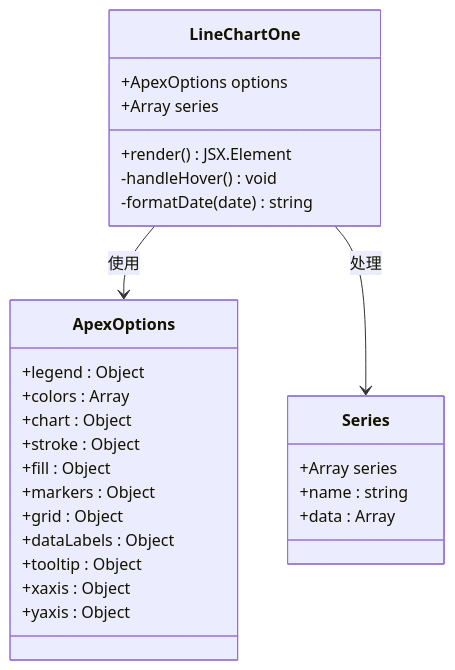
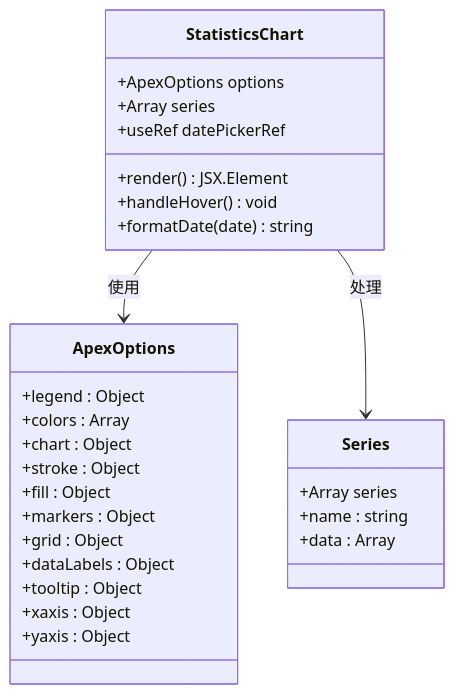
The fourth of 9 diagrams in .qoder/repowiki/zh/content/页面路由系统/页面类型组织结构/图表页面.md (HAOFUYANG/nextjs-admin), drawn with Mermaid before and after one commit. The commit also changed other lines of this file and 36 other files, not shown here.

````diff
--- a/.qoder/repowiki/zh/content/页面路由系统/页面类型组织结构/图表页面.md
+++ b/.qoder/repowiki/zh/content/页面路由系统/页面类型组织结构/图表页面.md
@@ -227,30 +230,31 @@
 ```mermaid
 classDiagram
-class LineChartOne {
+class StatisticsChart {
 +ApexOptions options
 +Array series
++useRef datePickerRef
 +render() JSX.Element
--handleHover() void
--formatDate(date) string
++handleHover() void
++formatDate(date) string
 }
 class ApexOptions {
 +legend : Object
 +colors : Array
 +chart : Object
 +stroke : Object
 +fill : Object
 +markers : Object
 +grid : Object
 +dataLabels : Object
 +tooltip : Object
 +xaxis : Object
 +yaxis : Object
 }
 class Series {
 +Array series
 +name : string
 +data : Array
 }
-LineChartOne --> ApexOptions : 使用
-LineChartOne --> Series : 处理
+StatisticsChart --> ApexOptions : 使用
+StatisticsChart --> Series : 处理
 ```
````
